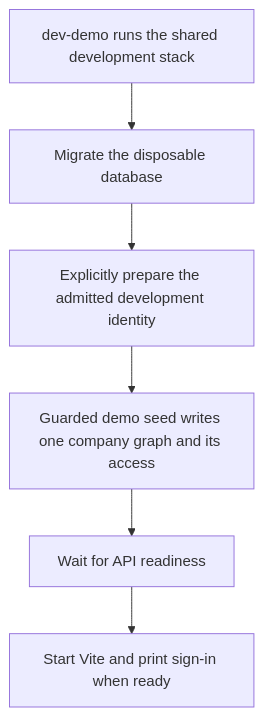
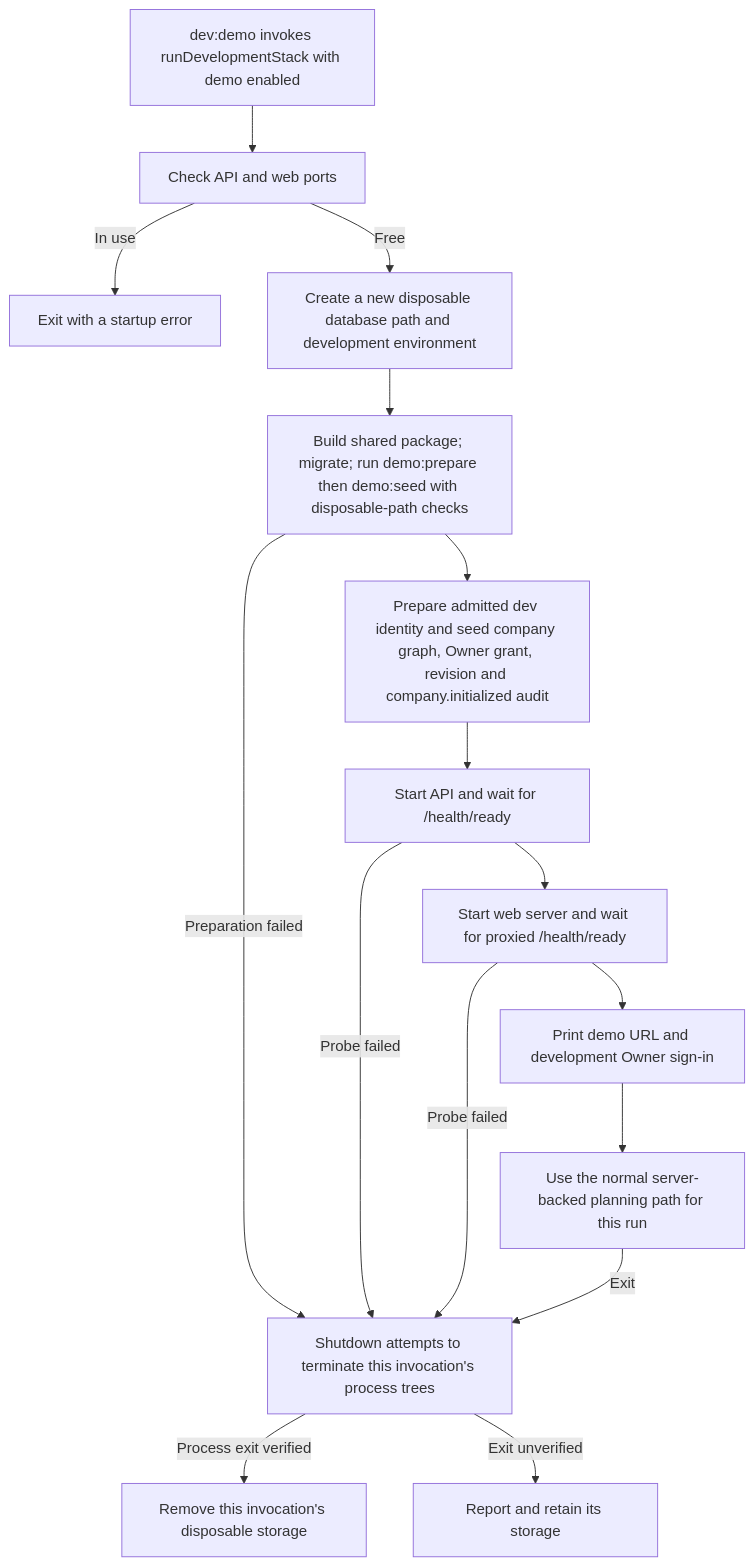
The second of 2 diagrams in user-stories/data/US-DAT-06-seed-and-no-reseed.md (Kevinjohn/capacitylens), drawn with Mermaid before and after one commit. The commit also changed other lines of this file and 172 other files, not shown here.

Commit message:
docs: reconcile user story code flows with source

````diff
--- a/user-stories/data/US-DAT-06-seed-and-no-reseed.md
+++ b/user-stories/data/US-DAT-06-seed-and-no-reseed.md
@@ -32,8 +32,18 @@
 ```mermaid
 flowchart TD
-  launcher["dev-demo runs the shared development stack"] --> migrate["Migrate the disposable database"]
-  migrate --> identity["Explicitly prepare the admitted development identity"]
-  identity --> seed["Guarded demo seed writes one company graph and its access"]
-  seed --> api["Wait for API readiness"]
-  api --> web["Start Vite and print sign-in when ready"]
+  launch["dev:demo invokes runDevelopmentStack with demo enabled"] --> ports["Check API and web ports"]
+  ports -->|In use| early["Exit with a startup error"]
+  ports -->|Free| storage["Create a new disposable database path and development environment"]
+  storage --> setup["Build shared package; migrate; run demo:prepare then demo:seed with disposable-path checks"]
+  setup --> seed["Prepare admitted dev identity and seed company graph, Owner grant, revision and company.initialized audit"]
+  seed --> api["Start API and wait for /health/ready"]
+  api --> web["Start web server and wait for proxied /health/ready"]
+  web --> ready["Print demo URL and development Owner sign-in"]
+  ready --> data["Use the normal server-backed planning path for this run"]
+  setup -->|Preparation failed| stop["Shutdown attempts to terminate this invocation's process trees"]
+  api -->|Probe failed| stop
+  web -->|Probe failed| stop
+  data -->|Exit| stop
+  stop -->|Process exit verified| cleanup["Remove this invocation's disposable storage"]
+  stop -->|Exit unverified| retain["Report and retain its storage"]
 ```
````
